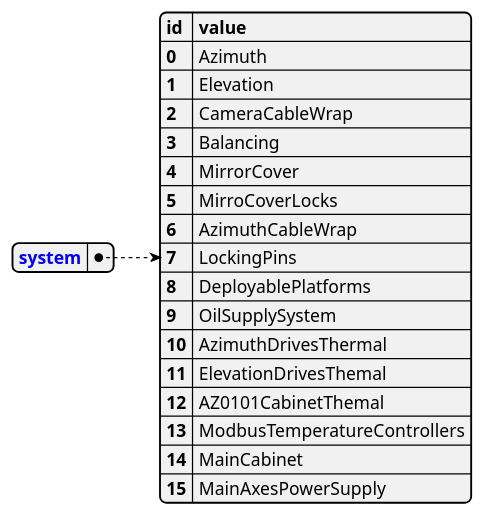
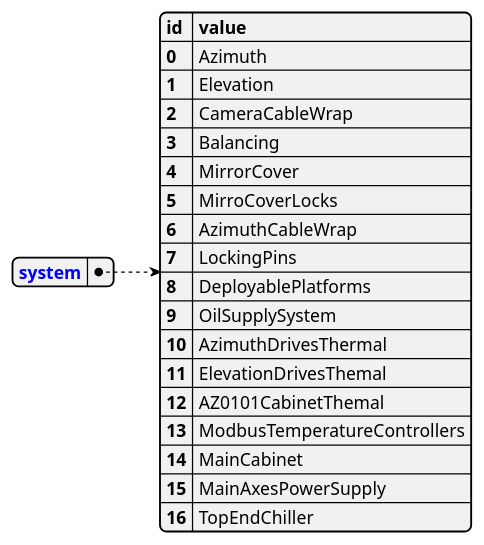
One commit to lsst-ts/ts_tma_tma-documentation_pxi-controller_documentation changed the tenth of 44 diagrams in 02 CommandsAndEventsManagement/03 Events.md. Above: the diagram before and after it, drawn with PlantUML. The commit also changed other lines of this file, not shown here.

Commit message:
add top end chiller to the system enum list

````diff
--- a/02 CommandsAndEventsManagement/03 Events.md
+++ b/02 CommandsAndEventsManagement/03 Events.md
@@ -456,25 +456,26 @@
 ``` plantuml
 @startjson
 {
     "<color:blue><b>system": {
         "<b>id": "<b>value",
         "0": "Azimuth",
         "1": "Elevation",
         "2": "CameraCableWrap",
         "3": "Balancing",
         "4": "MirrorCover",
         "5": "MirroCoverLocks",
         "6": "AzimuthCableWrap",
         "7": "LockingPins",
         "8": "DeployablePlatforms",
         "9": "OilSupplySystem",
         "10": "AzimuthDrivesThermal",
         "11": "ElevationDrivesThemal",
         "12": "AZ0101CabinetThemal",
         "13": "ModbusTemperatureControllers",
         "14": "MainCabinet",
-        "15": "MainAxesPowerSupply"
+        "15": "MainAxesPowerSupply",
+        "16": "TopEndChiller"
     }
 }
 @endjson
 ```
````
